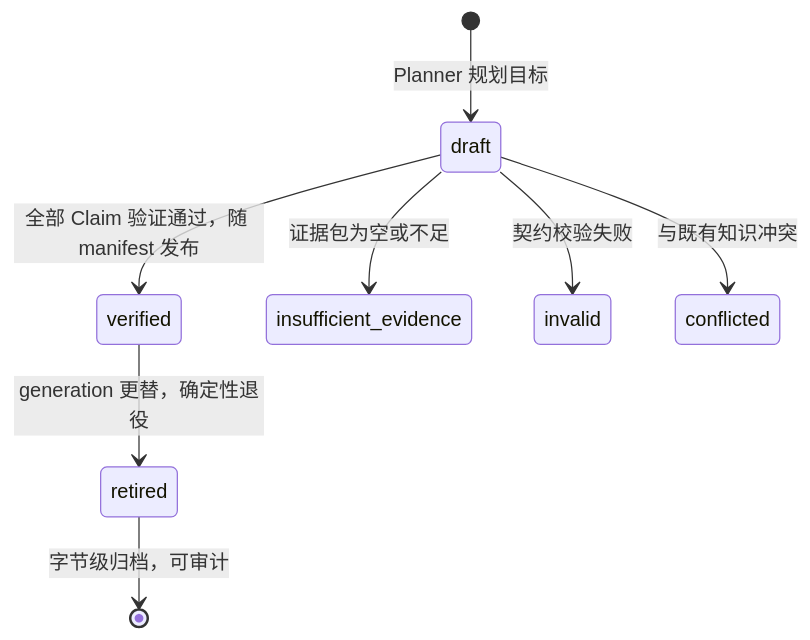
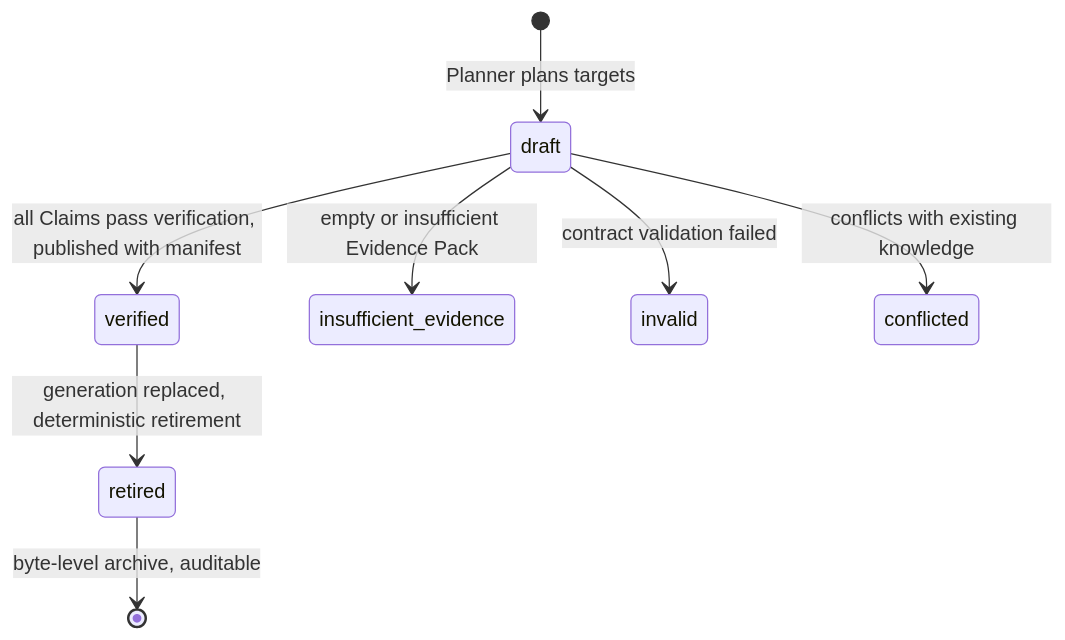
The fourth of 4 diagrams in README.md (davyzhong/CodeWiki), drawn with Mermaid before and after one commit. The commit also changed other lines of this file and 1 other file, not shown here.

````diff
--- a/README.md
+++ b/README.md
@@ -216,10 +176,10 @@
 ```mermaid
 stateDiagram-v2
-    [*] --> draft: Planner 规划目标
-    draft --> verified: 全部 Claim 验证通过，随 manifest 发布
-    draft --> insufficient_evidence: 证据包为空或不足
-    draft --> invalid: 契约校验失败
-    draft --> conflicted: 与既有知识冲突
-    verified --> retired: generation 更替，确定性退役
-    retired --> [*]: 字节级归档，可审计
+    [*] --> draft: Planner plans targets
+    draft --> verified: all Claims pass verification, published with manifest
+    draft --> insufficient_evidence: empty or insufficient Evidence Pack
+    draft --> invalid: contract validation failed
+    draft --> conflicted: conflicts with existing knowledge
+    verified --> retired: generation replaced, deterministic retirement
+    retired --> [*]: byte-level archive, auditable
 ```
````
